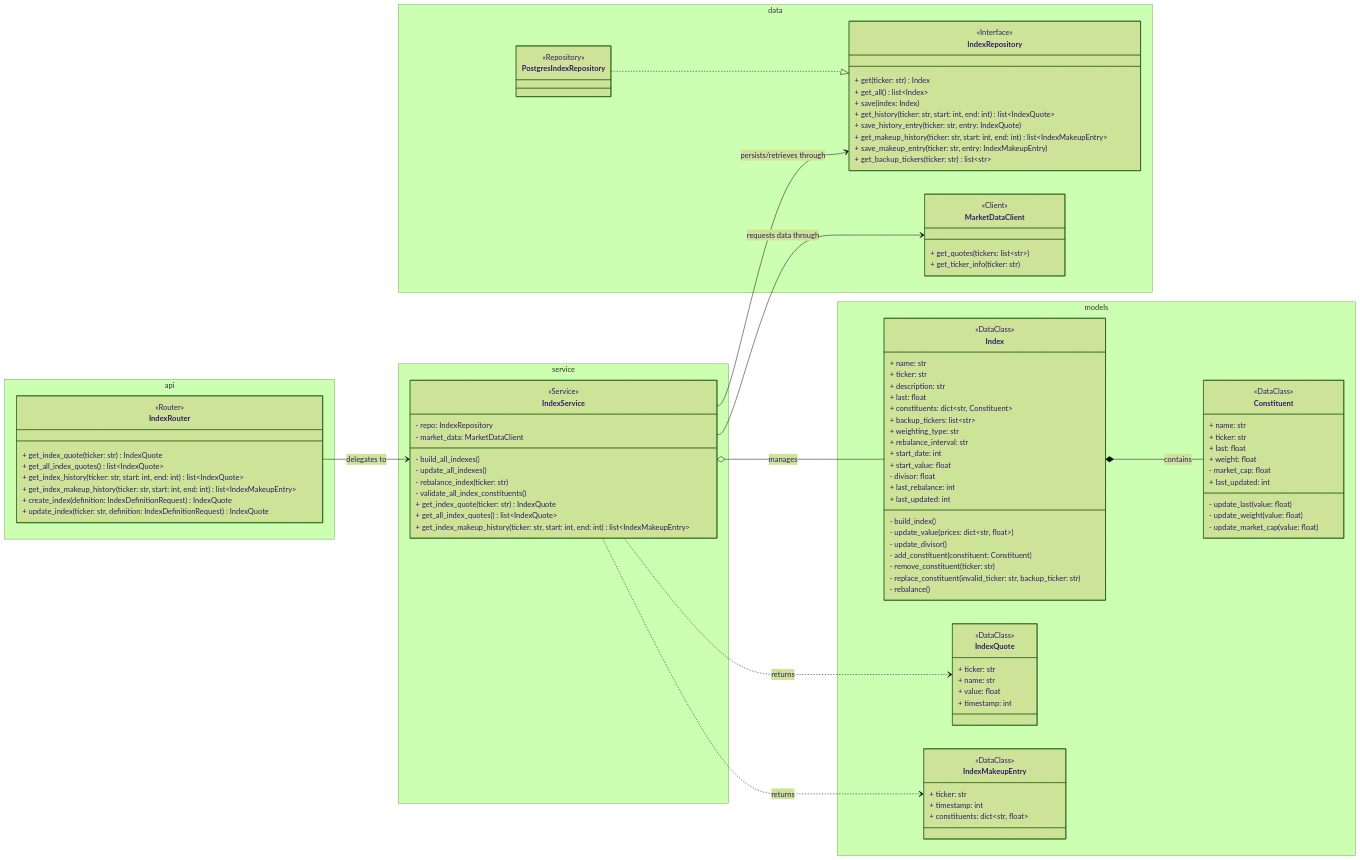
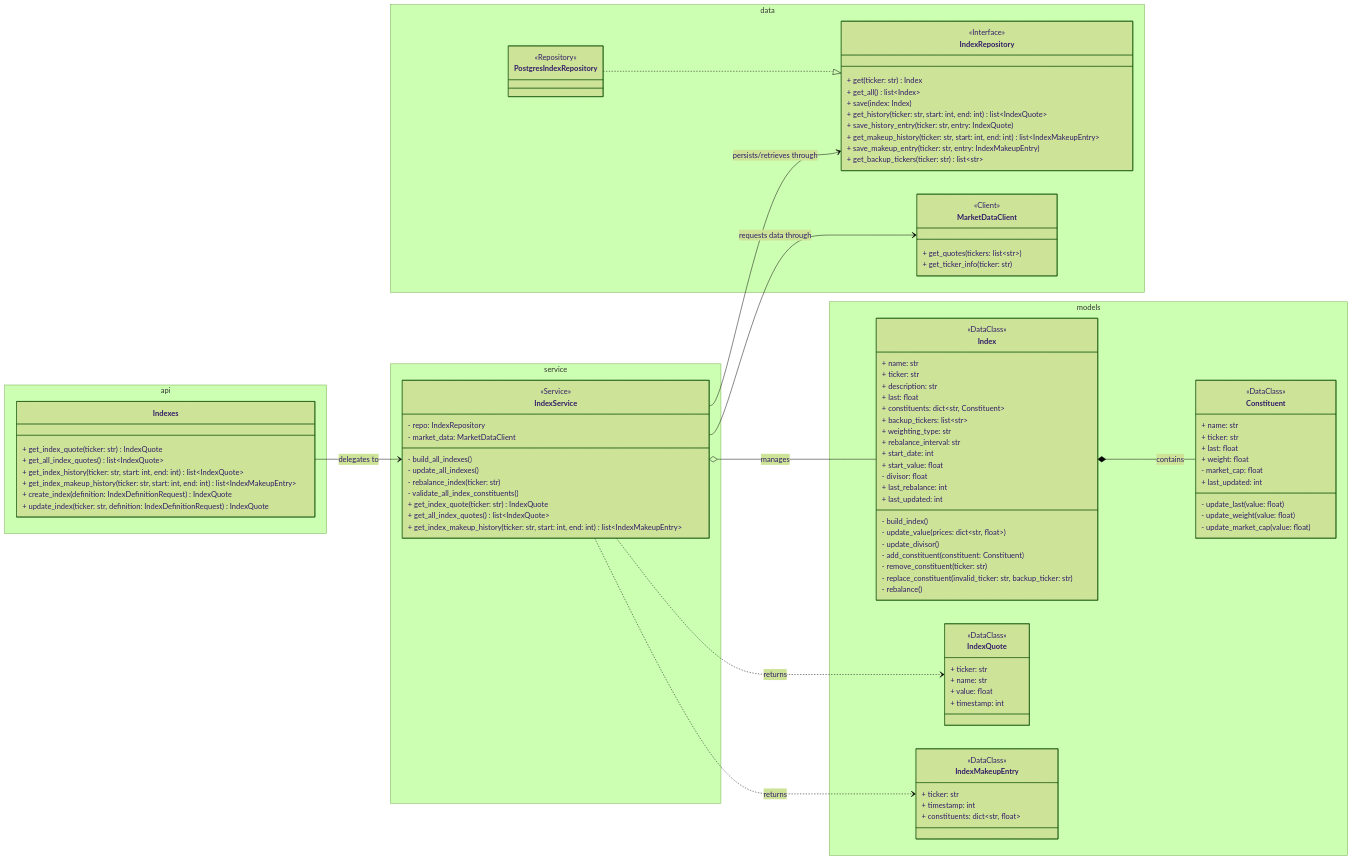
One commit to DylanLiesenfelt/StonksAPI changed the first of 4 diagrams in docs/design/INDEXES_DESIGN.md. Above: the diagram before and after it, drawn with Mermaid (forest theme). The commit also changed 2 other files, not shown here.

````diff
--- a/docs/design/INDEXES_DESIGN.md
+++ b/docs/design/INDEXES_DESIGN.md
@@ -17,10 +17,9 @@
 ```mermaid
 classDiagram
     direction LR
-
+ 
     namespace api {
-        class IndexRouter {
-            <<Router>>
+        class Indexes {
             + get_index_quote(ticker: str) IndexQuote
             + get_all_index_quotes() list~IndexQuote~
             + get_index_history(ticker: str, start: int, end: int) list~IndexQuote~
@@ -133,7 +132,7 @@
         }
     }
 
-    IndexRouter --> IndexService : delegates to
+    Indexes --> IndexService : delegates to
     IndexService --> IndexRepository : persists/retrieves through
     IndexService --> MarketDataClient : requests data through
     IndexService o-- Index : manages
````
